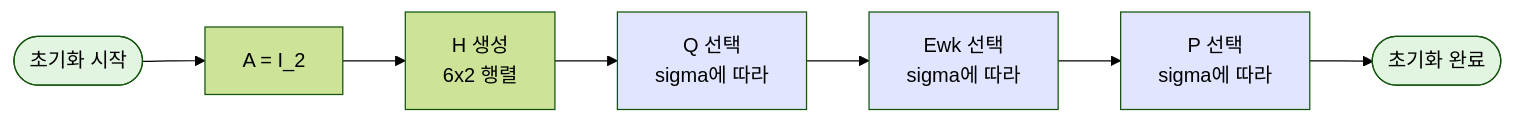
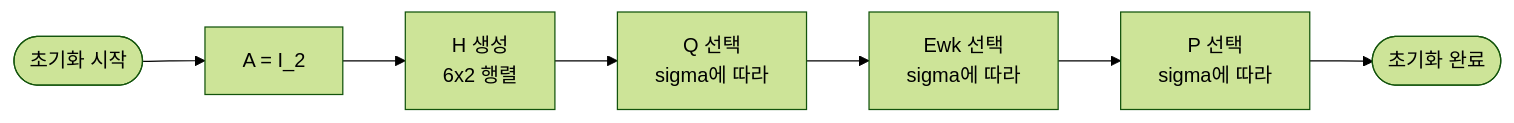
The third of 3 diagrams in README.md (Yongseok1221/Kalman_Filter_ToA), drawn with Mermaid (forest theme) before and after one commit.

Commit message:
Remove style definitions from README.md
Removed style definitions for various states in the system model.

````diff
--- a/README.md
+++ b/README.md
@@ -54,15 +54,9 @@
 ```mermaid
 flowchart LR
     InitStart([초기화 시작]) --> SetA[A = I_2]
     SetA --> SetH[H 생성<br/>6x2 행렬]
     SetH --> SetQ[Q 선택<br/>sigma에 따라]
     SetQ --> SetEwk[Ewk 선택<br/>sigma에 따라]
     SetEwk --> SetP[P 선택<br/>sigma에 따라]
     SetP --> InitEnd([초기화 완료])
-    
-    style InitStart fill:#e1f5e1
-    style InitEnd fill:#e1f5e1
-    style SetQ fill:#e1e5ff
-    style SetEwk fill:#e1e5ff
-    style SetP fill:#e1e5ff
 ```
````
